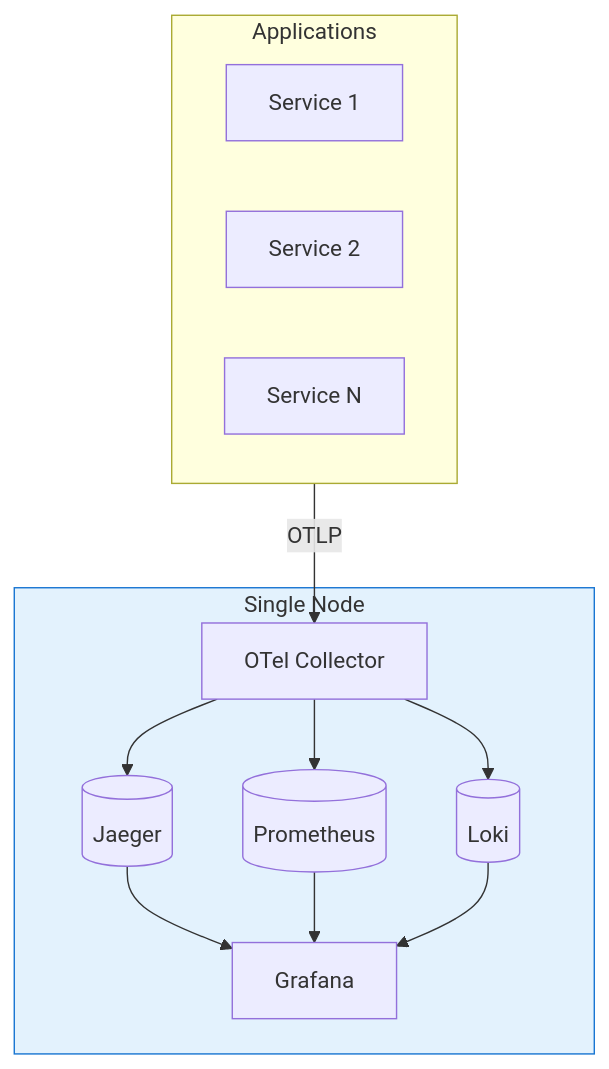
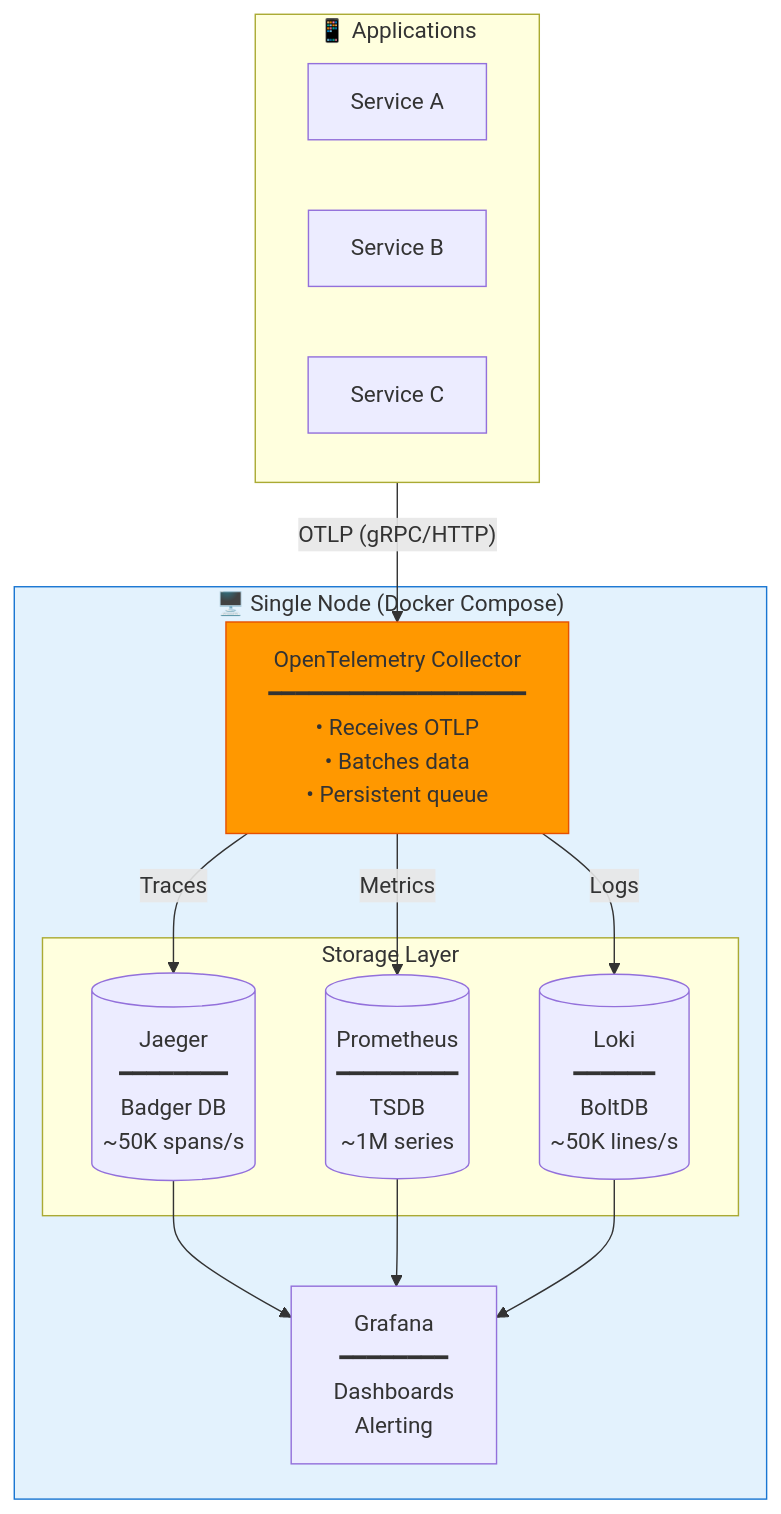
One commit to shivam-g-mishra/opensource-otel-setup changed the fifth of 14 diagrams in docs/scalable/architecture.md. Above: the diagram before and after it, drawn with Mermaid. The commit also changed other lines of this file, not shown here.

First line of the commit message:
docs: expand architecture document with comprehensive technology details

````diff
--- a/docs/scalable/architecture.md
+++ b/docs/scalable/architecture.md
@@ -71,18 +382,29 @@
 ```mermaid
 flowchart TB
-    subgraph Apps["Applications"]
-        A1[Service 1] & A2[Service 2] & A3[Service N]
+    subgraph Apps["📱 Applications"]
+        A1["Service A"]
+        A2["Service B"]
+        A3["Service C"]
     end
     
-    subgraph Stack["Single Node"]
-        OC[OTel Collector]
-        J[("Jaeger")] & P[("Prometheus")] & L[("Loki")]
-        G[Grafana]
+    subgraph SingleNode["🖥️ Single Node (Docker Compose)"]
+        OC["OpenTelemetry Collector<br/>━━━━━━━━━━━━━━━━━━━<br/>• Receives OTLP<br/>• Batches data<br/>• Persistent queue"]
+        
+        subgraph Storage["Storage Layer"]
+            J[("Jaeger<br/>━━━━━━━━<br/>Badger DB<br/>~50K spans/s")]
+            P[("Prometheus<br/>━━━━━━━━━<br/>TSDB<br/>~1M series")]
+            L[("Loki<br/>━━━━━━<br/>BoltDB<br/>~50K lines/s")]
+        end
+        
+        G["Grafana<br/>━━━━━━━━<br/>Dashboards<br/>Alerting"]
     end
     
-    Apps -->|OTLP| OC
-    OC --> J & P & L
+    Apps -->|"OTLP (gRPC/HTTP)"| OC
+    OC -->|Traces| J
+    OC -->|Metrics| P
+    OC -->|Logs| L
     J & P & L --> G
     
-    style Stack fill:#e3f2fd,stroke:#1976d2
+    style SingleNode fill:#e3f2fd,stroke:#1976d2
+    style OC fill:#ff9800,stroke:#e65100
 ```
````
